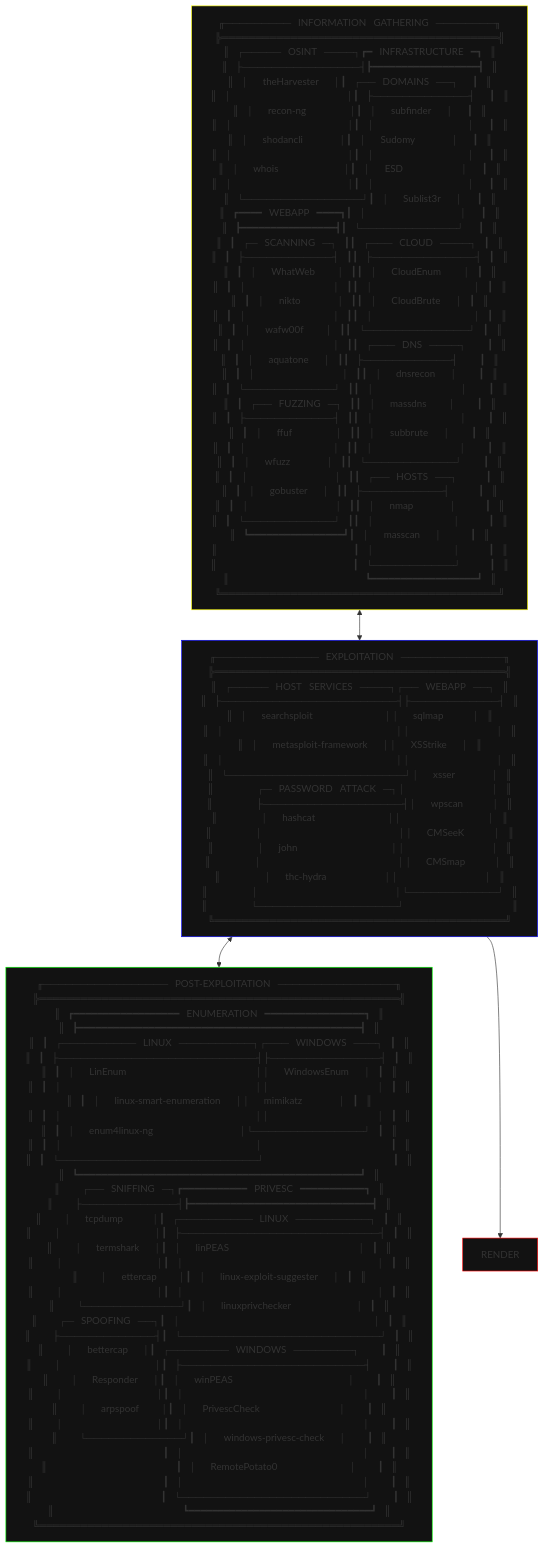
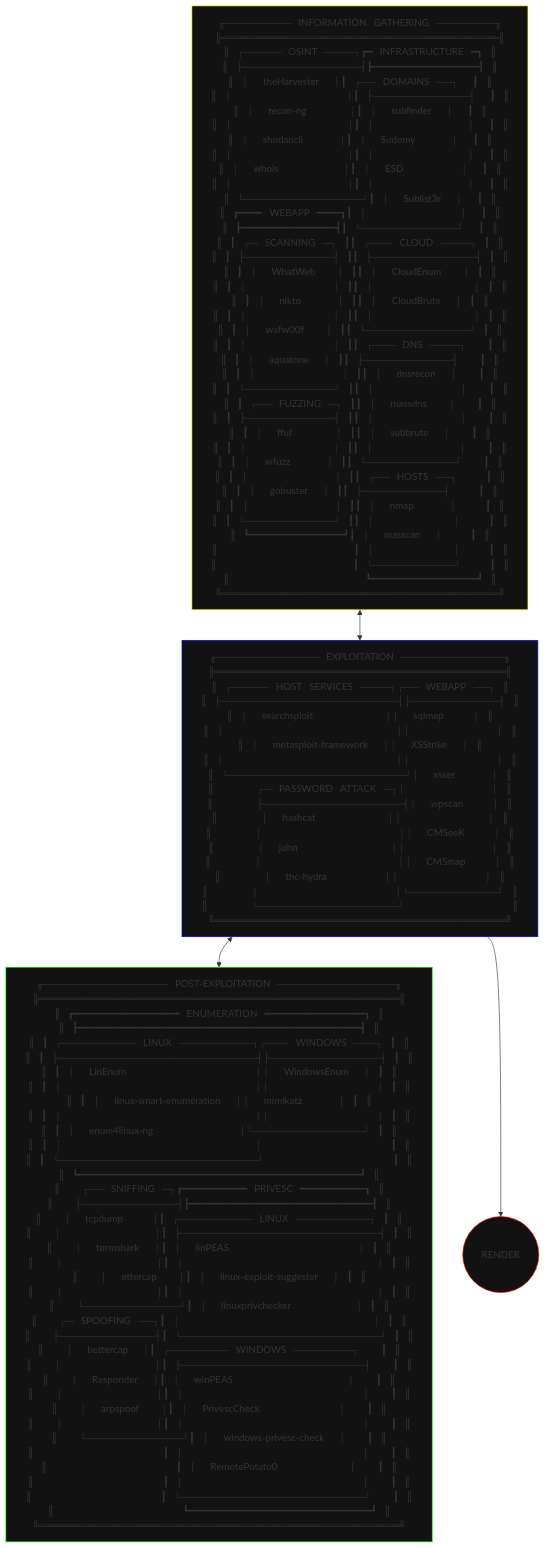
The diagram in base.README.md (Skalyaeve/a-process), drawn with Mermaid before and after one commit.

```diff
--- a/base.README.md
+++ b/base.README.md
@@ -103,9 +103,9 @@
 ║⠀⠀⠀⠀⠀⠀⠀⠀⠀⠀⠀⠀⠀⠀⠀⠀⠀⠀┗━━━━━━━━━━━━━━━━━━━━━━━━━━━━━━━┛⠀║
 ╚════════════════════════════════════════════════════╝
 ]
-render[
-RENDER
-]
+render((
+⠀⠀RENDER⠀⠀
+))
 style information-gathering fill:#121212,stroke:#ffff00
 style exploitation fill:#121212,stroke:#0000ff
 style post-exploitation fill:#121212,stroke:#00ff00
```
